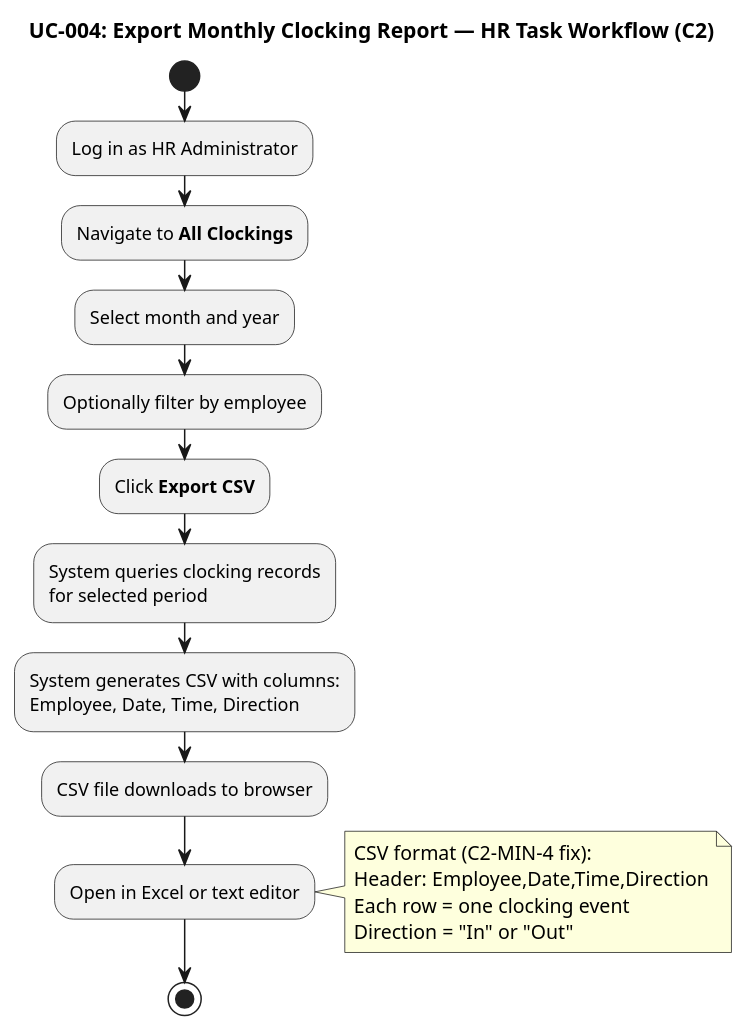
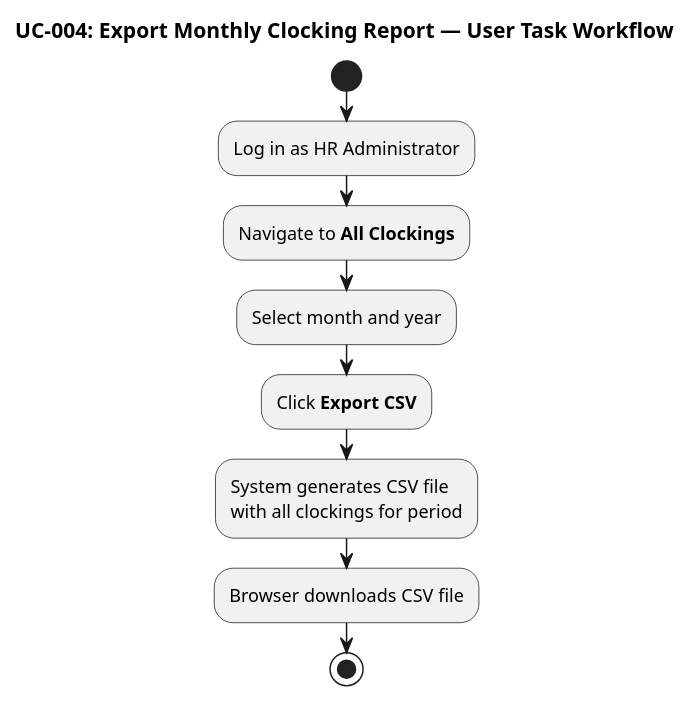
The third of 11 diagrams in docs/artifacts/deployment/user-documentation.md (banense-test/portal-cuba-corp), drawn with PlantUML before and after one commit. The commit also changed other lines of this file, not shown here.

First line of the commit message:
Technical Writer [C4]: upsert User Documentation

````diff
--- a/docs/artifacts/deployment/user-documentation.md
+++ b/docs/artifacts/deployment/user-documentation.md
@@ -199,32 +199,17 @@
 ```plantuml
 @startuml
-title UC-004: Export Monthly Clocking Report — HR Task Workflow (C2)
+title UC-004: Export Monthly Clocking Report — User Task Workflow
 
 skinparam activityStyle rounded
 
 start
 :Log in as HR Administrator;
 :Navigate to **All Clockings**;
-
 :Select month and year;
-:Optionally filter by employee;
-
 :Click **Export CSV**;
-
-:System queries clocking records\nfor selected period;
-:System generates CSV with columns:\nEmployee, Date, Time, Direction;
-
-:CSV file downloads to browser;
-:Open in Excel or text editor;
-
-note right
-  CSV format (C2-MIN-4 fix):
-  Header: Employee,Date,Time,Direction
-  Each row = one clocking event
-  Direction = "In" or "Out"
-end note
-
+:System generates CSV file\nwith all clockings for period;
+:Browser downloads CSV file;
 stop
 
 @enduml
 ```
````
